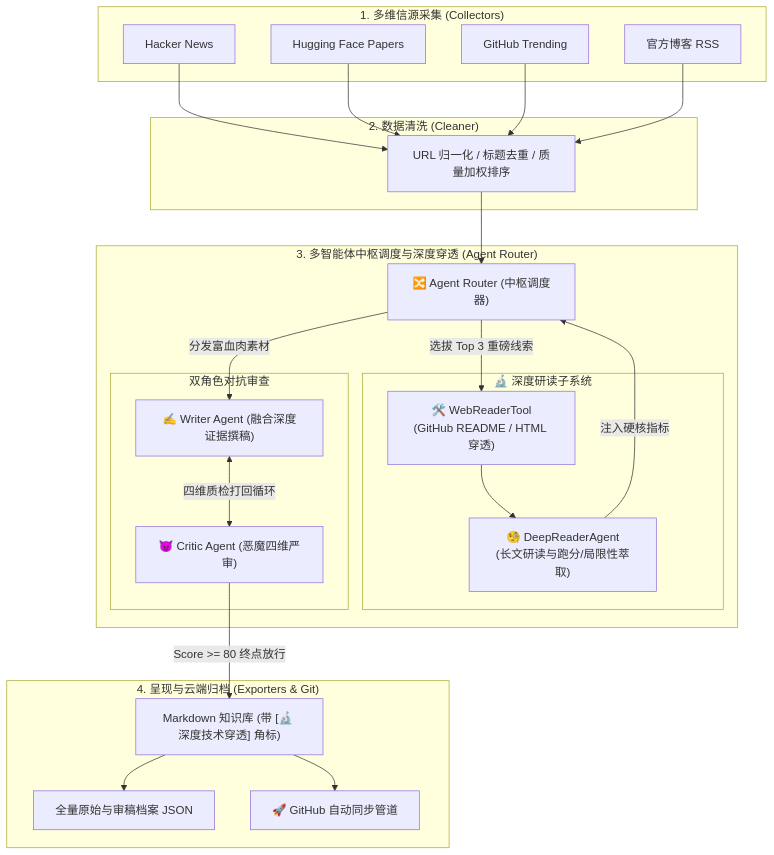
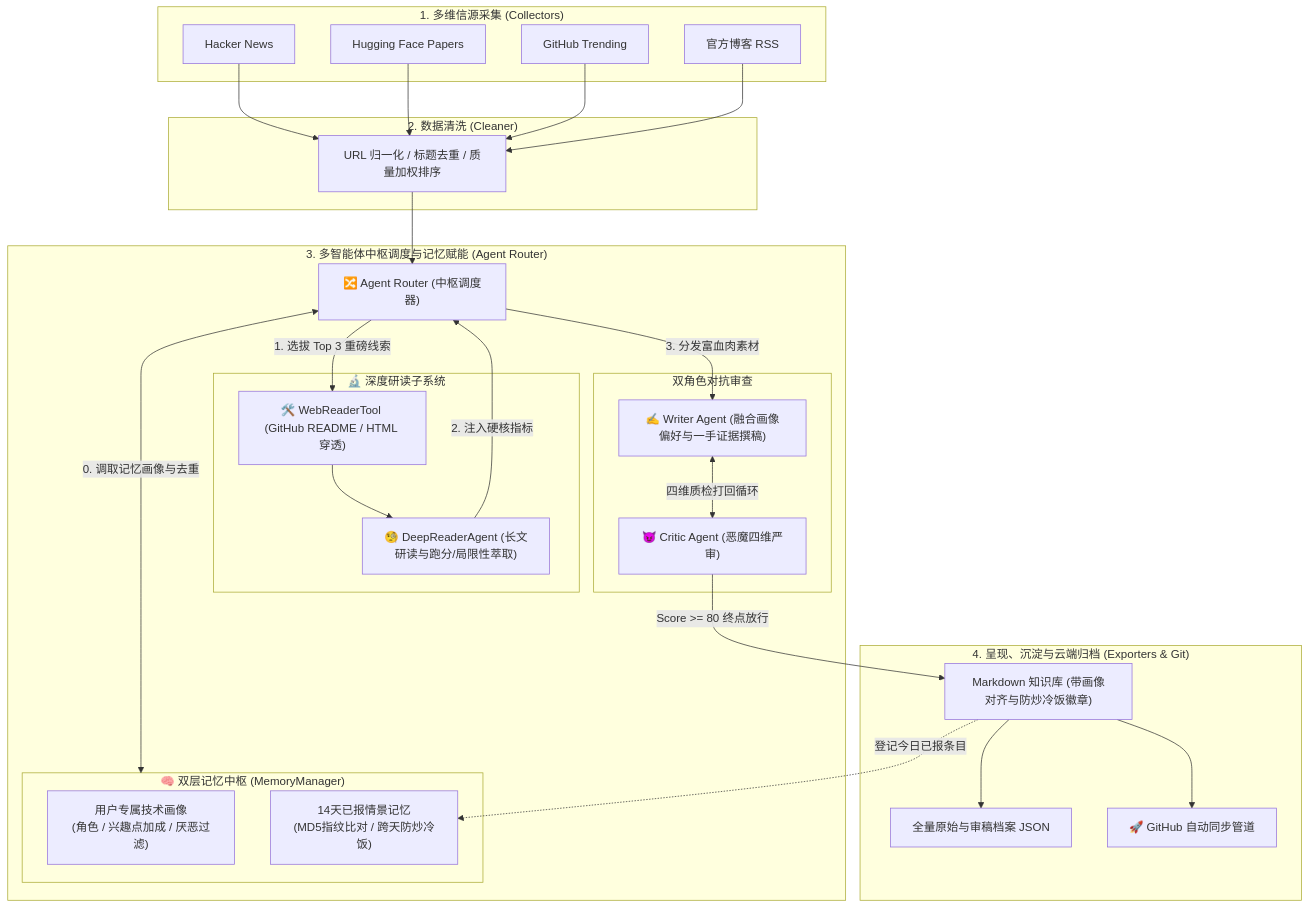
Before and after one commit to cheeseooh-ctrl/AI-Knowledge-Agent: the diagram in README.md, drawn with Mermaid. The commit also changed other lines of this file and 11 other files, not shown here.

Commit message:
feat(v1.3.0): 引入 MemoryManager 个性化记忆中枢 (双层记忆架构、跨天防炒冷饭与用户画像动态加权)

````diff
--- a/README.md
+++ b/README.md
@@ -30,49 +31,56 @@
 ```mermaid
 flowchart TD
     subgraph S1["1. 多维信源采集 (Collectors)"]
         HN["Hacker News"]
         HF["Hugging Face Papers"]
         GH["GitHub Trending"]
         RSS["官方博客 RSS"]
     end
 
     subgraph S2["2. 数据清洗 (Cleaner)"]
         Clean["URL 归一化 / 标题去重 / 质量加权排序"]
     end
 
-    subgraph S3["3. 多智能体中枢调度与深度穿透 (Agent Router)"]
+    subgraph S3["3. 多智能体中枢调度与记忆赋能 (Agent Router)"]
         Router["🔀 Agent Router (中枢调度器)"]
         
+        subgraph Memory["🧠 双层记忆中枢 (MemoryManager)"]
+            Profile["用户专属技术画像<br>(角色 / 兴趣点加成 / 厌恶过滤)"]
+            History["14天已报情景记忆<br>(MD5指纹比对 / 跨天防炒冷饭)"]
+        end
+
         subgraph Deep["🔬 深度研读子系统"]
-            Tool["🛠️ WebReaderTool<br>(GitHub README / HTML 穿透)"]
-            DeepAgent["🧐 DeepReaderAgent<br>(长文研读与跑分/局限性萃取)"]
+            Tool["🛠️ WebReaderTool (GitHub README / HTML 穿透)"]
+            DeepAgent["🧐 DeepReaderAgent (长文研读与跑分/局限性萃取)"]
             Tool --> DeepAgent
         end
 
         subgraph Debate["双角色对抗审查"]
-            Writer["✍️ Writer Agent (融合深度证据撰稿)"]
+            Writer["✍️ Writer Agent (融合画像偏好与一手证据撰稿)"]
             Critic["😈 Critic Agent (恶魔四维严审)"]
             Writer <-->|四维质检打回循环| Critic
         end
 
-        Router -->|选拔 Top 3 重磅线索| Tool
-        DeepAgent -->|注入硬核指标| Router
-        Router -->|分发富血肉素材| Writer
+        Router <-->|0. 调取记忆画像与去重| Memory
+        Router -->|1. 选拔 Top 3 重磅线索| Tool
+        DeepAgent -->|2. 注入硬核指标| Router
+        Router -->|3. 分发富血肉素材| Writer
     end
 
-    subgraph S4["4. 呈现与云端归档 (Exporters & Git)"]
-        MD["Markdown 知识库 (带 [🔬 深度技术穿透] 角标)"]
+    subgraph S4["4. 呈现、沉淀与云端归档 (Exporters & Git)"]
+        MD["Markdown 知识库 (带画像对齐与防炒冷饭徽章)"]
         JSON["全量原始与审稿档案 JSON"]
         GitPush["🚀 GitHub 自动同步管道"]
     end
 
     HN --> Clean
     HF --> Clean
     GH --> Clean
     RSS --> Clean
 
     Clean --> Router
     Critic -->|Score >= 80 终点放行| MD
     MD --> JSON
     MD --> GitPush
+    MD -.->|登记今日已报条目| History
 ```
````
